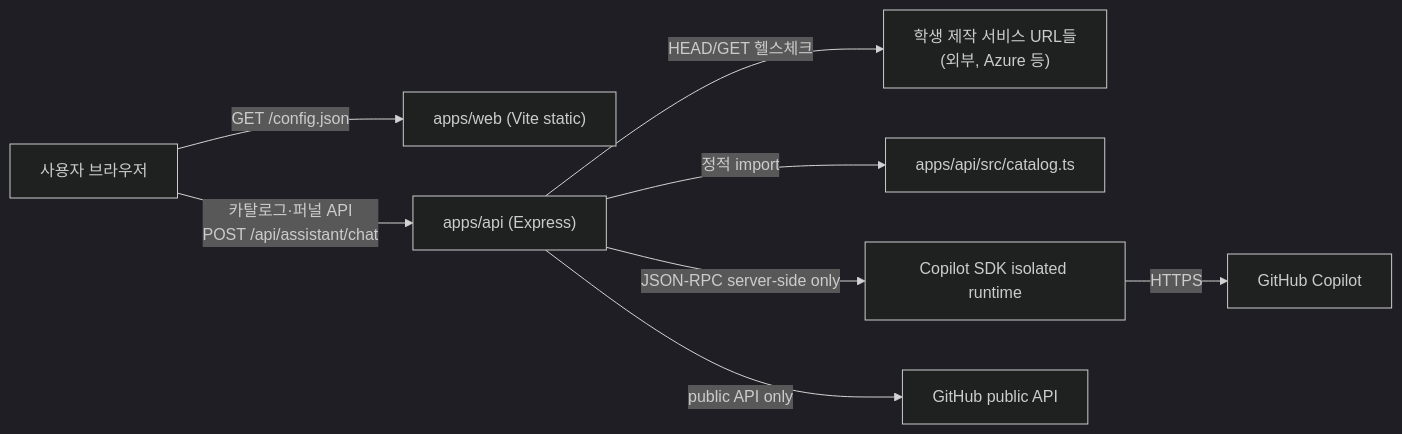
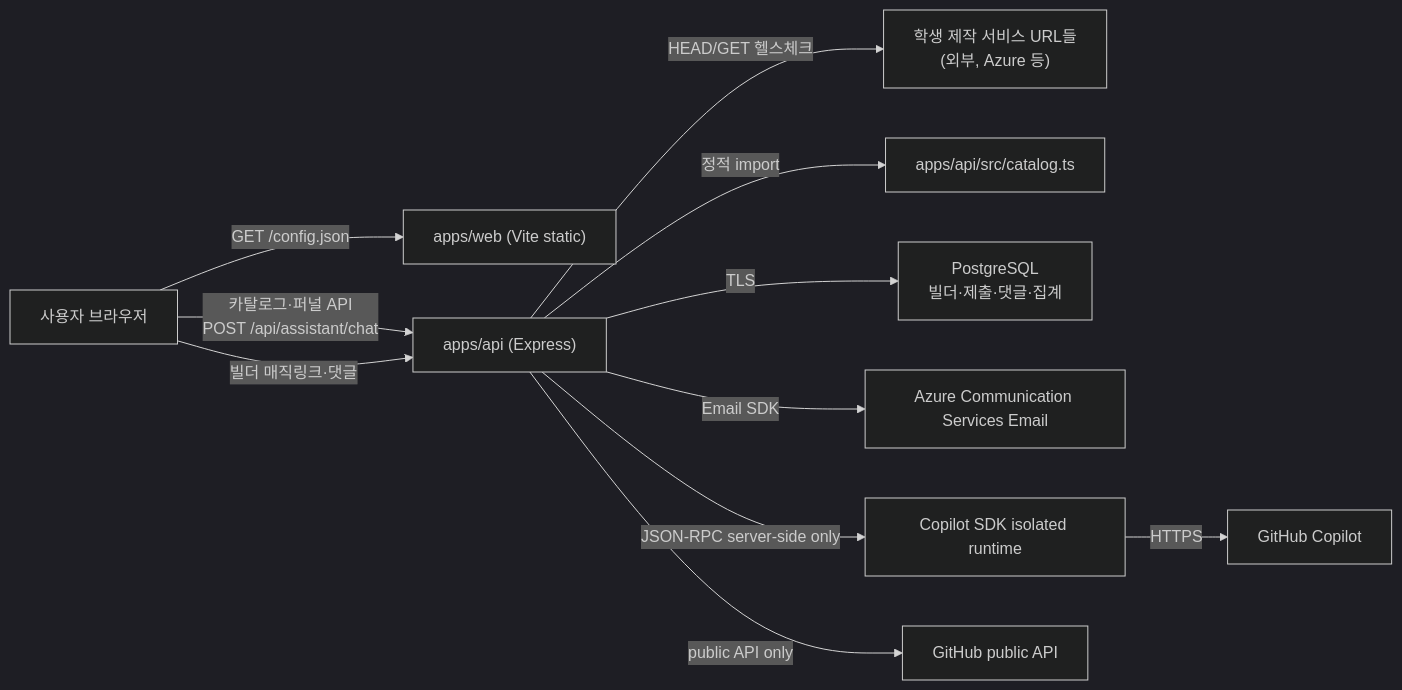
Before and after one commit to kimhyunbin08/Gyro: the diagram in trd.md, drawn with Mermaid (dark theme). The commit also changed other lines of this file and 25 other files, not shown here.

````diff
--- a/trd.md
+++ b/trd.md
@@ -42,10 +45,13 @@
 ```mermaid
 flowchart LR
   U["사용자 브라우저"] -->|GET /config.json| W["apps/web (Vite static)"]
   U -->|카탈로그·퍼널 API\nPOST /api/assistant/chat| A["apps/api (Express)"]
+  U -->|빌더 매직링크·댓글| A
   A -->|HEAD/GET 헬스체크| S["학생 제작 서비스 URL들\n(외부, Azure 등)"]
   A -->|정적 import| C["apps/api/src/catalog.ts"]
+  A -->|TLS| DB["PostgreSQL\n빌더·제출·댓글·집계"]
+  A -->|Email SDK| MAIL["Azure Communication Services Email"]
   A -->|JSON-RPC server-side only| SDK["Copilot SDK isolated runtime"]
   SDK -->|HTTPS| COPILOT["GitHub Copilot"]
   A -->|public API only| GH["GitHub public API"]
 ```
````
